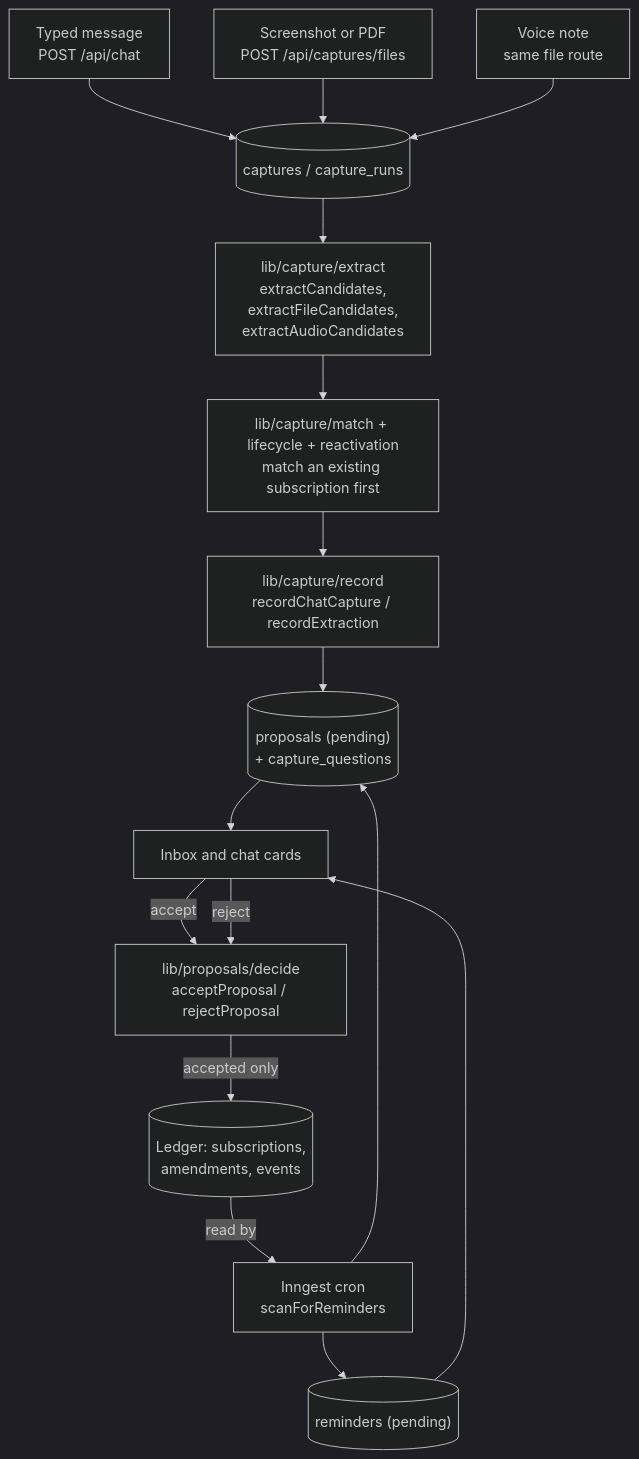
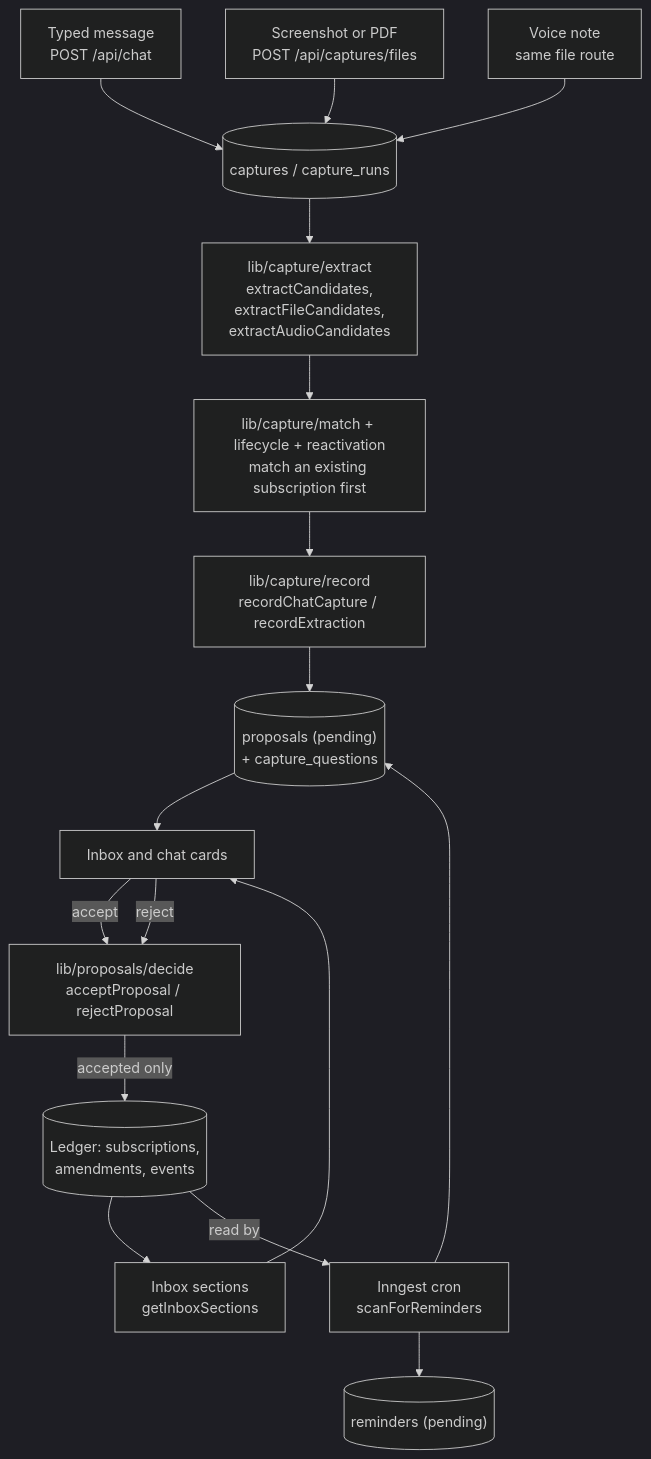
Before and after one commit to bhaveshbusa/subscription-records: the second of 4 diagrams in docs/architecture.md, drawn with Mermaid (dark theme). The commit also changed other lines of this file and 29 other files, not shown here.

Commit message:
SUB-32: Inbox sections projected from the ledger (#35)

````diff
--- a/docs/architecture.md
+++ b/docs/architecture.md
@@ -78,34 +84,36 @@
 ```mermaid
 flowchart TD
   msg["Typed message<br/>POST /api/chat"]
   file["Screenshot or PDF<br/>POST /api/captures/files"]
   voice["Voice note<br/>same file route"]
 
   captures[("captures / capture_runs")]
   extract["lib/capture/extract<br/>extractCandidates,<br/>extractFileCandidates,<br/>extractAudioCandidates"]
   match["lib/capture/match + lifecycle + reactivation<br/>match an existing subscription first"]
   record["lib/capture/record<br/>recordChatCapture / recordExtraction"]
   proposals[("proposals (pending)<br/>+ capture_questions")]
   inbox["Inbox and chat cards"]
   decide["lib/proposals/decide<br/>acceptProposal / rejectProposal"]
   ledger[("Ledger: subscriptions,<br/>amendments, events")]
 
   scan["Inngest cron<br/>scanForReminders"]
   reminders[("reminders (pending)")]
+  sections["Inbox sections<br/>getInboxSections"]
 
   msg --> captures
   file --> captures
   voice --> captures
   captures --> extract
   extract --> match
   match --> record
   record --> proposals
   proposals --> inbox
   inbox -- accept --> decide
   inbox -- reject --> decide
   decide -- "accepted only" --> ledger
   scan --> proposals
   scan --> reminders
-  reminders --> inbox
+  ledger --> sections
+  sections --> inbox
   ledger -- "read by" --> scan
 ```
````
